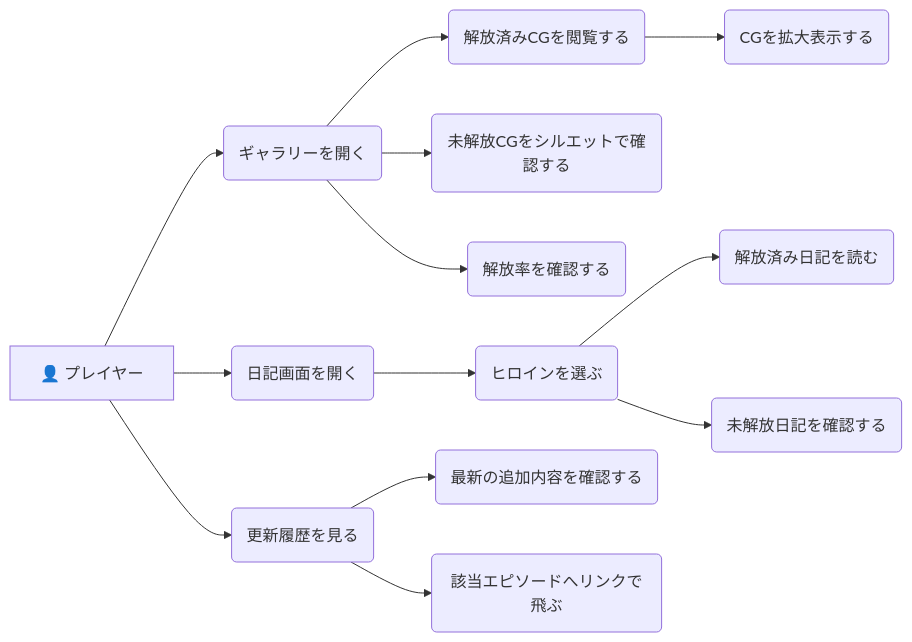
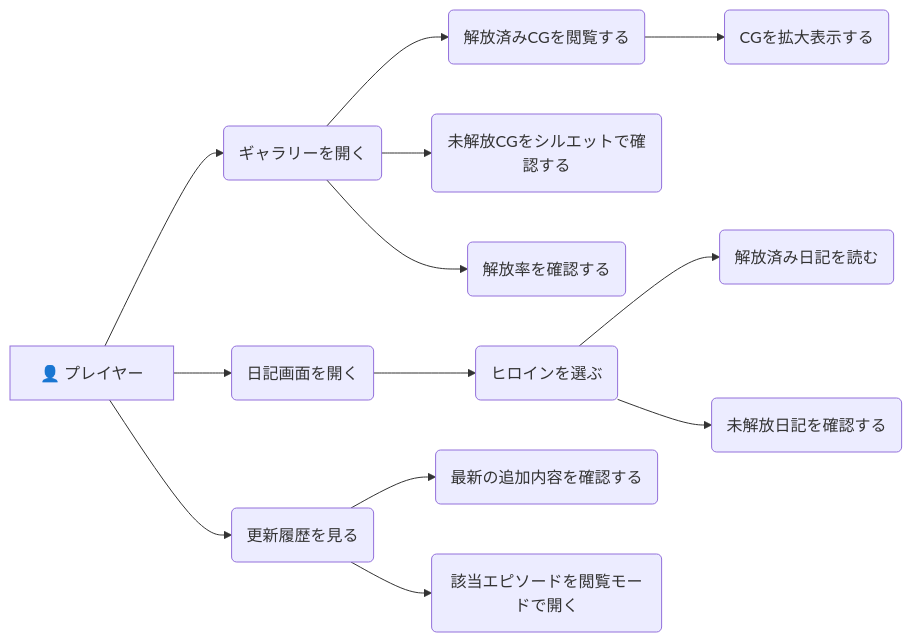
One commit to garyohosu/datingSim changed the fourth of 7 diagrams in USECASE.md. Above: the diagram before and after it, drawn with Mermaid. The commit also changed other lines of this file and 1 other file, not shown here.

````diff
--- a/USECASE.md
+++ b/USECASE.md
@@ -117,19 +126,19 @@
 ```mermaid
 graph LR
     P[👤 プレイヤー]
 
     P --> UC_C1(ギャラリーを開く)
     UC_C1 --> UC_C2(解放済みCGを閲覧する)
     UC_C2 --> UC_C3(CGを拡大表示する)
     UC_C1 --> UC_C4(未解放CGをシルエットで確認する)
     UC_C1 --> UC_C5(解放率を確認する)
 
     P --> UC_C6(日記画面を開く)
     UC_C6 --> UC_C7(ヒロインを選ぶ)
     UC_C7 --> UC_C8(解放済み日記を読む)
     UC_C7 --> UC_C9(未解放日記を確認する)
 
     P --> UC_C10(更新履歴を見る)
     UC_C10 --> UC_C11(最新の追加内容を確認する)
-    UC_C10 --> UC_C12(該当エピソードへリンクで飛ぶ)
+    UC_C10 --> UC_C12(該当エピソードを閲覧モードで開く)
 ```
````
